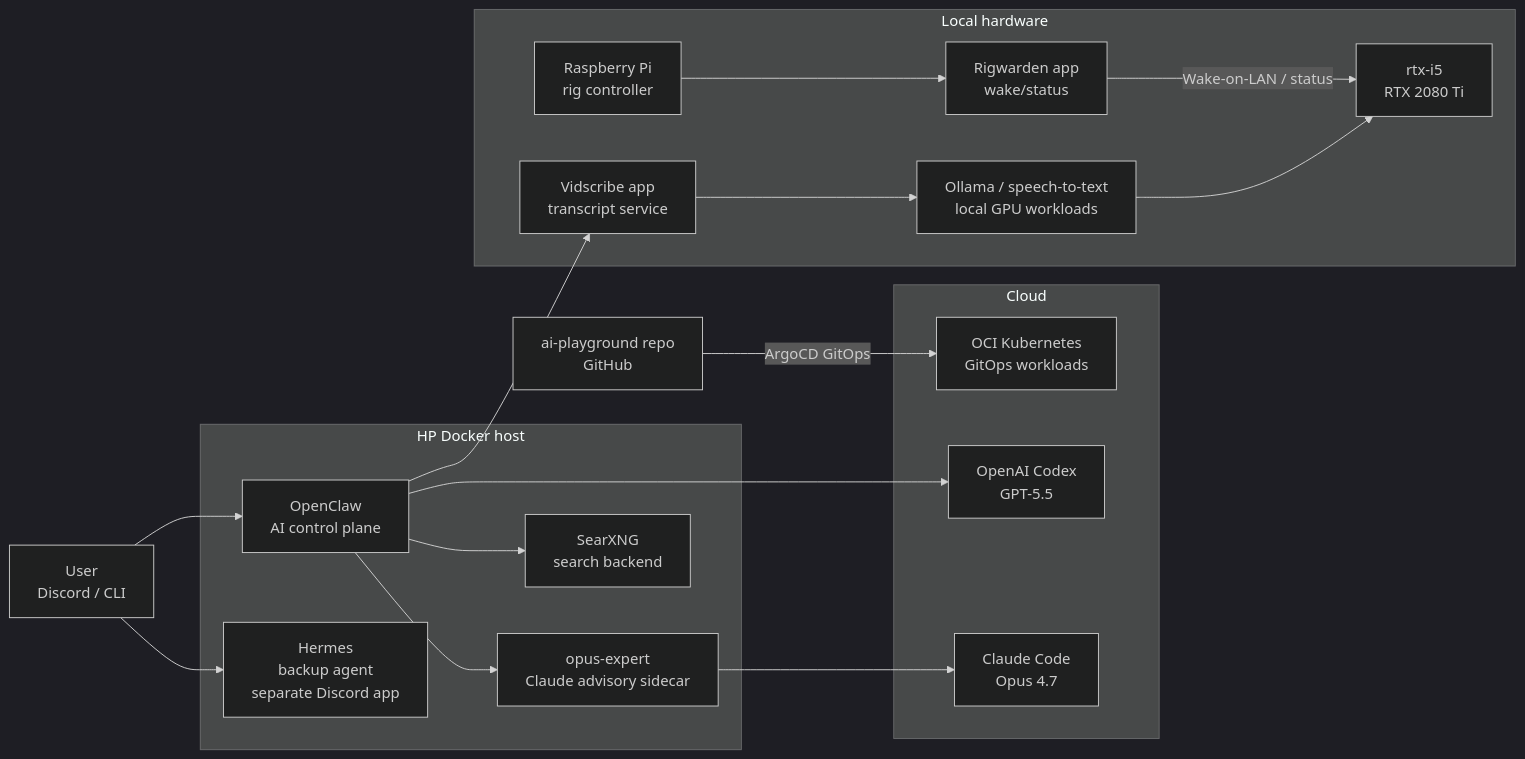
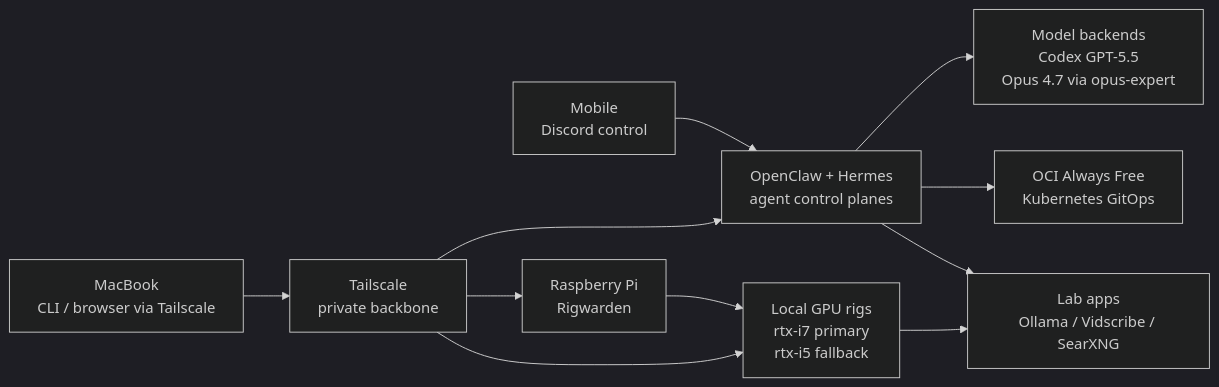
One commit to maslankalm/ai-playground changed the diagram in homelab/README.md. Above: the diagram before and after it, drawn with Mermaid (dark theme). The commit also changed other lines of this file and 8 other files, not shown here.

````diff
--- a/homelab/README.md
+++ b/homelab/README.md
@@ -13,39 +15,23 @@
 ```mermaid
 flowchart LR
-    USER["User<br/>Discord / CLI"]
-    REPO["ai-playground repo<br/>GitHub"]
+    MAC["MacBook<br/>CLI / browser via Tailscale"]
+    MOBILE["Mobile<br/>Discord control"]
+    CP["OpenClaw + Hermes<br/>agent control planes"]
+    MODELS["Model backends<br/>Codex GPT-5.5<br/>Opus 4.7 via opus-expert"]
+    TAIL["Tailscale<br/>private backbone"]
+    CLOUD["OCI Always Free<br/>Kubernetes GitOps"]
+    PI["Raspberry Pi<br/>Rigwarden"]
+    GPU["Local GPU rigs<br/>rtx-i7 primary<br/>rtx-i5 fallback"]
+    APPS["Lab apps<br/>Ollama / Vidscribe / SearXNG"]
 
-    subgraph Cloud["Cloud"]
-        K8S["OCI Kubernetes<br/>GitOps workloads"]
-        OPENAI["OpenAI Codex<br/>GPT-5.5"]
-        CLAUDE["Claude Code<br/>Opus 4.7"]
-    end
-
-    subgraph HP["HP Docker host"]
-        OC["OpenClaw<br/>AI control plane"]
-        HM["Hermes<br/>backup agent<br/>separate Discord app"]
-        OE["opus-expert<br/>Claude advisory sidecar"]
-        SX["SearXNG<br/>search backend"]
-    end
-
-    subgraph Local["Local hardware"]
-        PI["Raspberry Pi<br/>rig controller"]
-        RW["Rigwarden app<br/>wake/status"]
-        RTX["rtx-i5<br/>RTX 2080 Ti"]
-        VS["Vidscribe app<br/>transcript service"]
-        OLLAMA_LOCAL["Ollama / speech-to-text<br/>local GPU workloads"]
-    end
-
-    USER --> OC
-    USER --> HM
-    REPO -->|ArgoCD GitOps| K8S
-    OC --> OPENAI
-    OC --> OE
-    OC --> SX
-    OE --> CLAUDE
-    PI --> RW
-    RW -->|Wake-on-LAN / status| RTX
-    OC --> VS
-    VS --> OLLAMA_LOCAL
-    OLLAMA_LOCAL --> RTX
+    MOBILE --> CP
+    MAC --> TAIL
+    TAIL --> CP
+    CP --> MODELS
+    CP --> CLOUD
+    TAIL --> PI
+    TAIL --> GPU
+    PI --> GPU
+    GPU --> APPS
+    CP --> APPS
 ```
````
